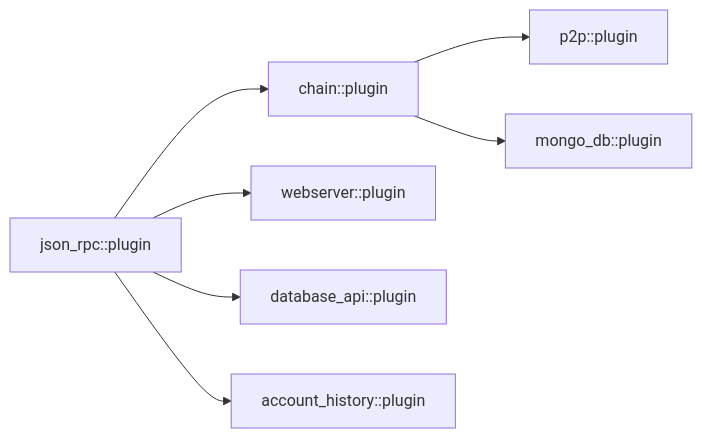
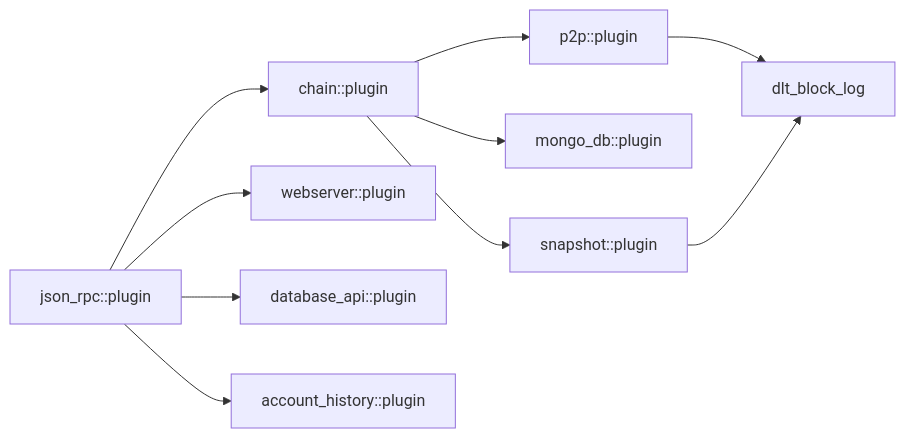
One commit to VIZ-Blockchain/viz-cpp-node changed diagram 17 of 17 in .qoder/repowiki/en/content/Plugin System/Plugin System.md. Above: the diagram before and after it, drawn with Mermaid. The commit also changed other lines of this file and 4 other files, not shown here.

````diff
--- a/.qoder/repowiki/en/content/Plugin System/Plugin System.md
+++ b/.qoder/repowiki/en/content/Plugin System/Plugin System.md
@@ -380,9 +575,12 @@
 ```mermaid
 graph LR
 JSON["json_rpc::plugin"] --> CHAIN["chain::plugin"]
 JSON --> WEB["webserver::plugin"]
 JSON --> DBAPI["database_api::plugin"]
 JSON --> AHIST["account_history::plugin"]
 CHAIN --> P2P["p2p::plugin"]
 CHAIN --> MONGO["mongo_db::plugin"]
+CHAIN --> SNAP["snapshot::plugin"]
+P2P --> DLT["dlt_block_log"]
+SNAP --> DLT
 ```
````
